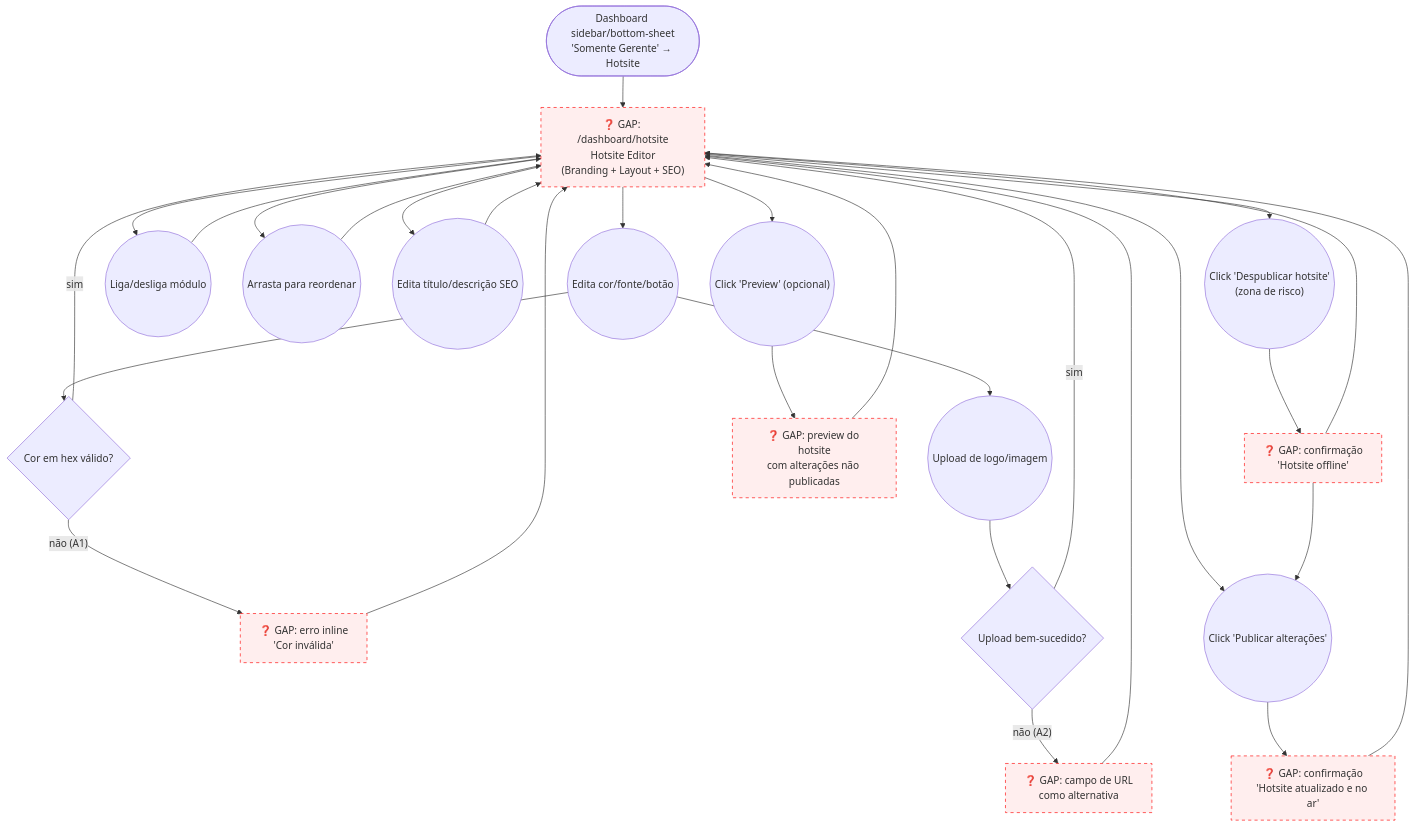
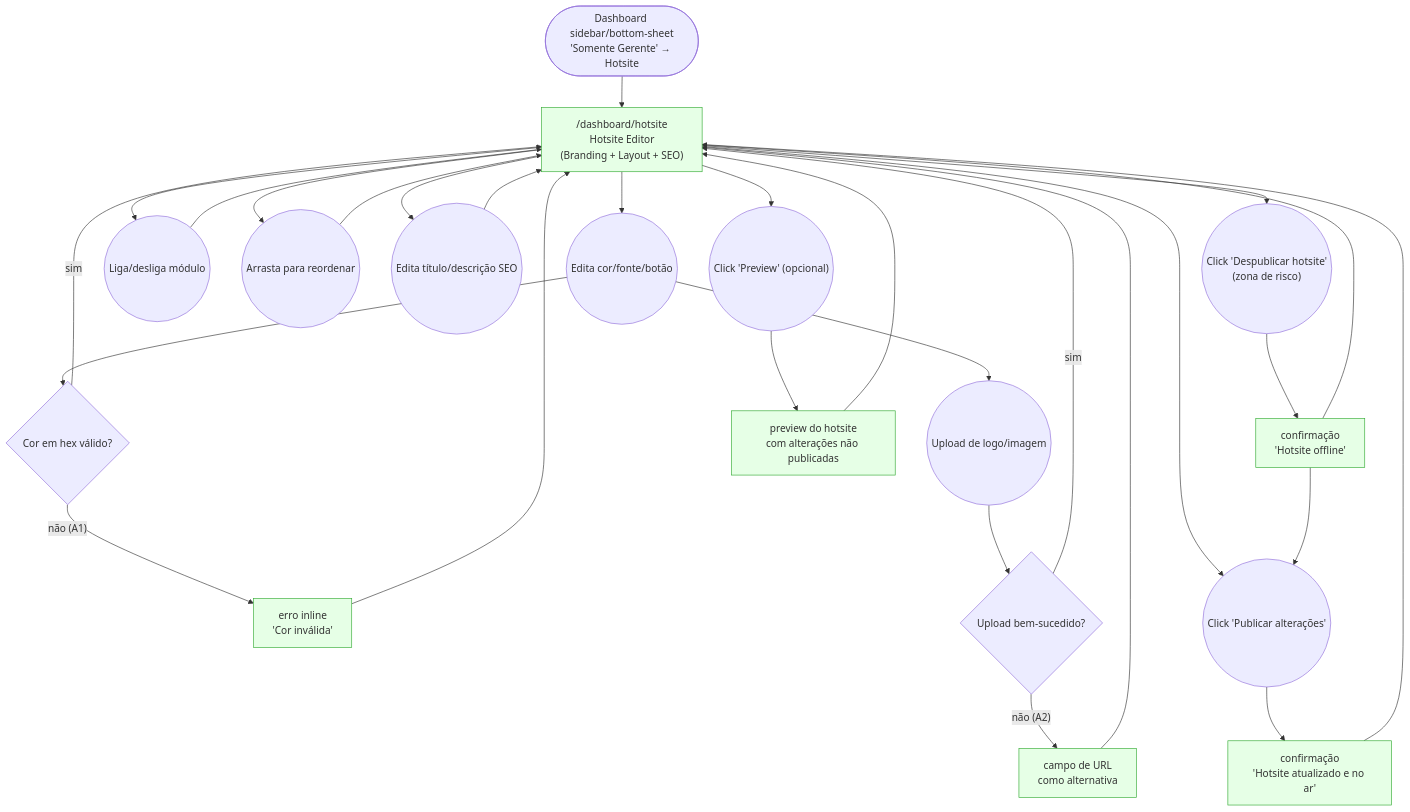
Before and after one commit to lmmoreira/ikaro: the diagram in plan/journey/manager/hotsite.md, drawn with Mermaid. The commit also changed other lines of this file and 160 other files, not shown here.

````diff
--- a/plan/journey/manager/hotsite.md
+++ b/plan/journey/manager/hotsite.md
@@ -10,42 +10,42 @@
 ```mermaid
 flowchart TD
     classDef existing fill:#e6ffe6,stroke:#3a3
     classDef gap stroke:#f00,stroke-dasharray: 5 5,fill:#fee
 
-    Start(["Dashboard sidebar/bottom-sheet<br/>'Somente Gerente' → Hotsite"]) --> Editor["❓ GAP: /dashboard/hotsite<br/>Hotsite Editor<br/>(Branding + Layout + SEO)"]
+    Start(["Dashboard sidebar/bottom-sheet<br/>'Somente Gerente' → Hotsite"]) --> Editor["/dashboard/hotsite<br/>Hotsite Editor<br/>(Branding + Layout + SEO)"]
 
     Editor --> EditBranding(("Edita cor/fonte/botão"))
     Editor --> ToggleModule(("Liga/desliga módulo"))
     Editor --> ReorderModule(("Arrasta para reordenar"))
     Editor --> EditSeo(("Edita título/descrição SEO"))
 
     EditBranding --> ColorValid{"Cor em hex válido?"}
-    ColorValid -- "não (A1)" --> ColorError["❓ GAP: erro inline<br/>'Cor inválida'"]
+    ColorValid -- "não (A1)" --> ColorError["erro inline<br/>'Cor inválida'"]
     ColorError --> Editor
     ColorValid -- "sim" --> Editor
 
     EditBranding --> ImageUpload(("Upload de logo/imagem"))
     ImageUpload --> UploadOk{"Upload bem-sucedido?"}
-    UploadOk -- "não (A2)" --> UrlFallback["❓ GAP: campo de URL<br/>como alternativa"]
+    UploadOk -- "não (A2)" --> UrlFallback["campo de URL<br/>como alternativa"]
     UrlFallback --> Editor
     UploadOk -- "sim" --> Editor
 
     ToggleModule --> Editor
     ReorderModule --> Editor
     EditSeo --> Editor
 
     Editor --> PreviewBtn(("Click 'Preview' (opcional)"))
-    PreviewBtn --> PreviewPane["❓ GAP: preview do hotsite<br/>com alterações não publicadas"]
+    PreviewBtn --> PreviewPane["preview do hotsite<br/>com alterações não publicadas"]
     PreviewPane --> Editor
 
     Editor --> PublishBtn(("Click 'Publicar alterações'"))
-    PublishBtn --> PublishSuccess["❓ GAP: confirmação<br/>'Hotsite atualizado e no ar'"]
+    PublishBtn --> PublishSuccess["confirmação<br/>'Hotsite atualizado e no ar'"]
     PublishSuccess --> Editor
 
     Editor --> UnpublishBtn(("Click 'Despublicar hotsite'<br/>(zona de risco)"))
-    UnpublishBtn --> UnpublishSuccess["❓ GAP: confirmação<br/>'Hotsite offline'"]
+    UnpublishBtn --> UnpublishSuccess["confirmação<br/>'Hotsite offline'"]
     UnpublishSuccess --> PublishBtn
     UnpublishSuccess --> Editor
 
-    class Editor,ColorError,UrlFallback,PreviewPane,PublishSuccess,UnpublishSuccess gap
+    class Editor,ColorError,UrlFallback,PreviewPane,PublishSuccess,UnpublishSuccess existing
 ```
````
